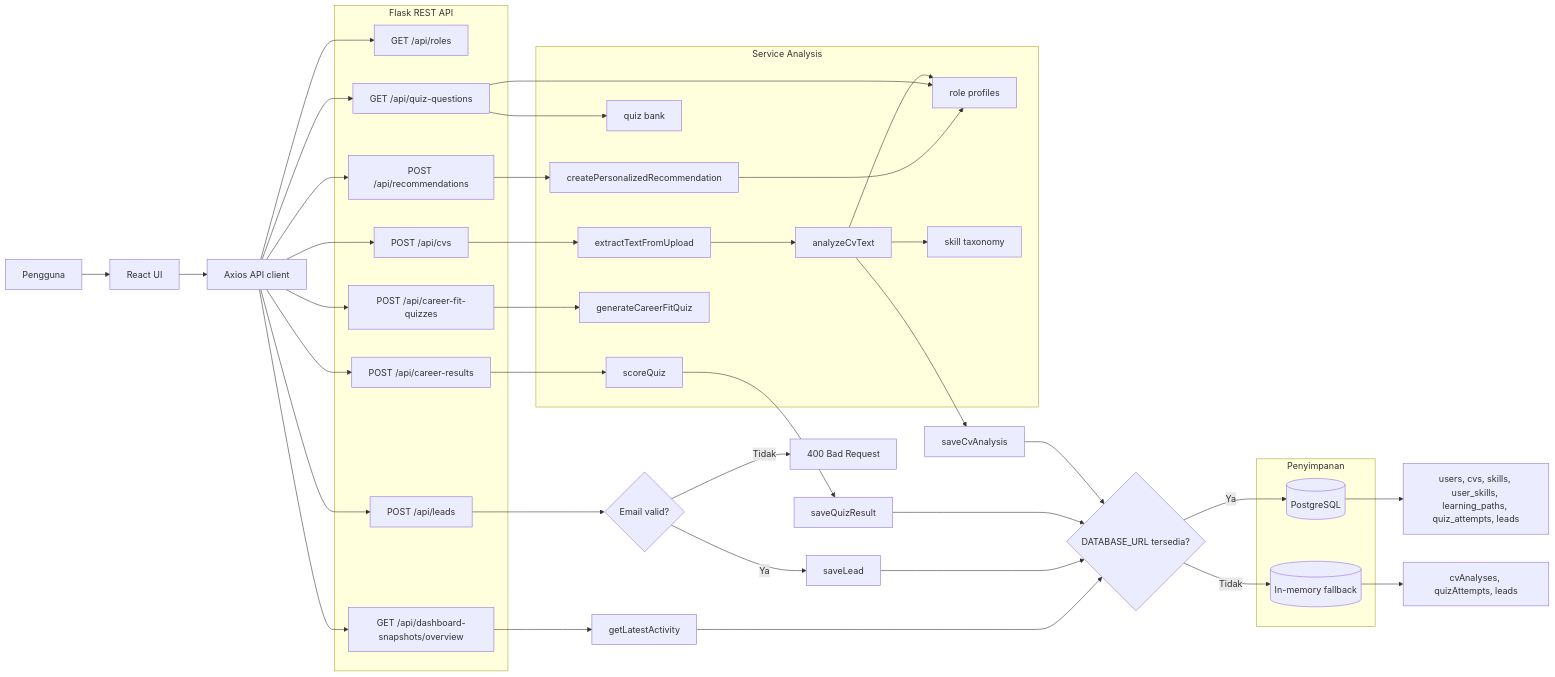
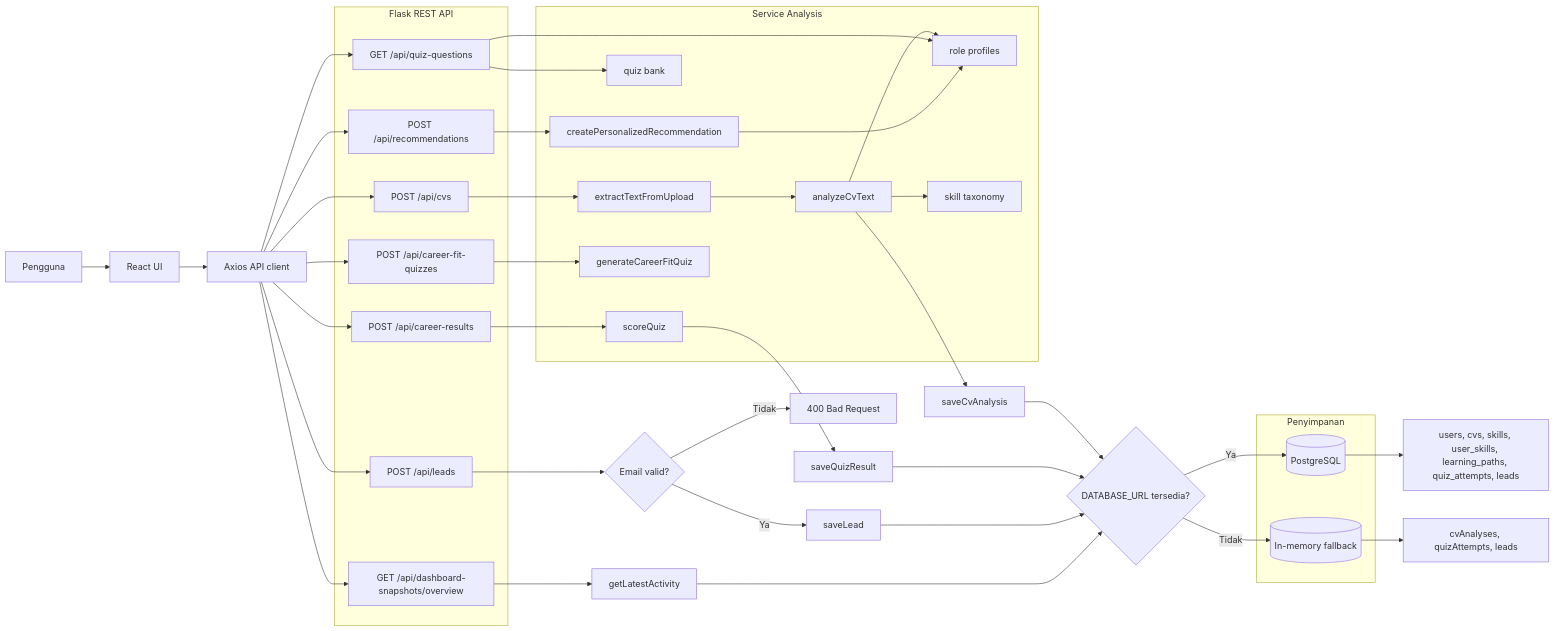
The second of 2 diagrams in docs/architecture/FLOWCHART.md (Auliaadwi/Capstone), drawn with Mermaid before and after one commit. The commit also changed other lines of this file and 3 other files, not shown here.

Commit message:
Align frontend with external analysis flow

````diff
--- a/docs/architecture/FLOWCHART.md
+++ b/docs/architecture/FLOWCHART.md
@@ -57,73 +53,71 @@
 ```mermaid
 flowchart LR
   U[Pengguna] --> UI[React UI]
   UI --> APIClient[Axios API client]
 
-  APIClient --> Roles[GET /api/roles]
   APIClient --> CV[POST /api/cvs]
   APIClient --> Questions[GET /api/quiz-questions]
   APIClient --> CareerFit[POST /api/career-fit-quizzes]
   APIClient --> Quiz[POST /api/career-results]
   APIClient --> Rec[POST /api/recommendations]
   APIClient --> Dash[GET /api/dashboard-snapshots/overview]
   APIClient --> Leads[POST /api/leads]
 
   subgraph FlaskAPI[Flask REST API]
-    Roles
     CV
     Questions
     CareerFit
     Quiz
     Rec
     Dash
     Leads
   end
 
   subgraph Analysis[Service Analysis]
     Extract[extractTextFromUpload]
     Analyze[analyzeCvText]
     RoleProfile[role profiles]
     Taxonomy[skill taxonomy]
     QuizBank[quiz bank]
     Score[scoreQuiz]
     Recommend[createPersonalizedRecommendation]
     CareerFitBuilder[generateCareerFitQuiz]
   end
 
   CV --> Extract --> Analyze
   Analyze --> Taxonomy
   Analyze --> RoleProfile
   Analyze --> SaveCV[saveCvAnalysis]
 
   Questions --> QuizBank
   Questions --> RoleProfile
 
   CareerFit --> CareerFitBuilder
   Quiz --> Score
   Score --> SaveQuiz[saveQuizResult]
 
   Rec --> Recommend
   Recommend --> RoleProfile
 
   Dash --> Activity[getLatestActivity]
 
   Leads --> ValidateEmail{Email valid?}
   ValidateEmail -->|Ya| SaveLead[saveLead]
   ValidateEmail -->|Tidak| Error400[400 Bad Request]
 
   subgraph Storage[Penyimpanan]
     DB[(PostgreSQL)]
     Memory[(In-memory fallback)]
   end
 
   SaveCV --> StoreChoice{DATABASE_URL tersedia?}
   SaveQuiz --> StoreChoice
   SaveLead --> StoreChoice
   Activity --> StoreChoice
 
   StoreChoice -->|Ya| DB
   StoreChoice -->|Tidak| Memory
 
   DB --> Tables[users, cvs, skills, user_skills, learning_paths, quiz_attempts, leads]
   Memory --> MemoryData[cvAnalyses, quizAttempts, leads]
 ```
````
